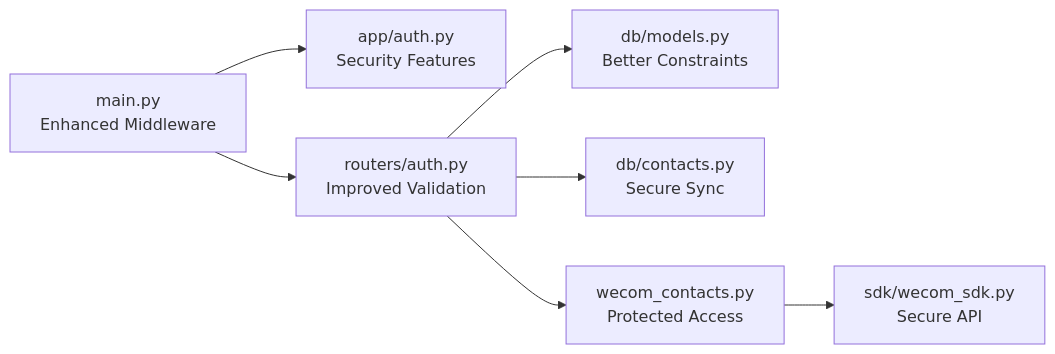
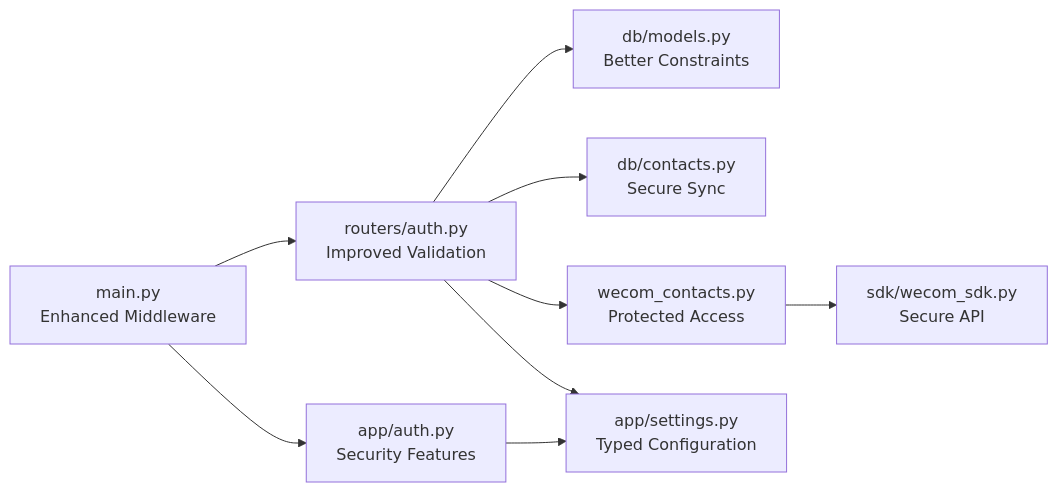
Before and after one commit to zuohaisu/wecom-archive: the sixth of 6 diagrams in .qoder/repowiki/en/content/Architecture/Web Application Architecture/Authentication & Authorization.md, drawn with Mermaid. The commit also changed other lines of this file and 97 other files, not shown here.

````diff
--- a/.qoder/repowiki/en/content/Architecture/Web Application Architecture/Authentication & Authorization.md
+++ b/.qoder/repowiki/en/content/Architecture/Web Application Architecture/Authentication & Authorization.md
@@ -336,9 +387,11 @@
 ```mermaid
 graph LR
 Main["main.py<br/>Enhanced Middleware"] --> AuthUtils["app/auth.py<br/>Security Features"]
 Main --> AuthRouter["routers/auth.py<br/>Improved Validation"]
 AuthRouter --> Models["db/models.py<br/>Better Constraints"]
 AuthRouter --> ContactsDB["db/contacts.py<br/>Secure Sync"]
 AuthRouter --> WecomContacts["wecom_contacts.py<br/>Protected Access"]
 WecomContacts --> WecomSDK["sdk/wecom_sdk.py<br/>Secure API"]
+AuthUtils --> Settings["app/settings.py<br/>Typed Configuration"]
+AuthRouter --> Settings
 ```
````
